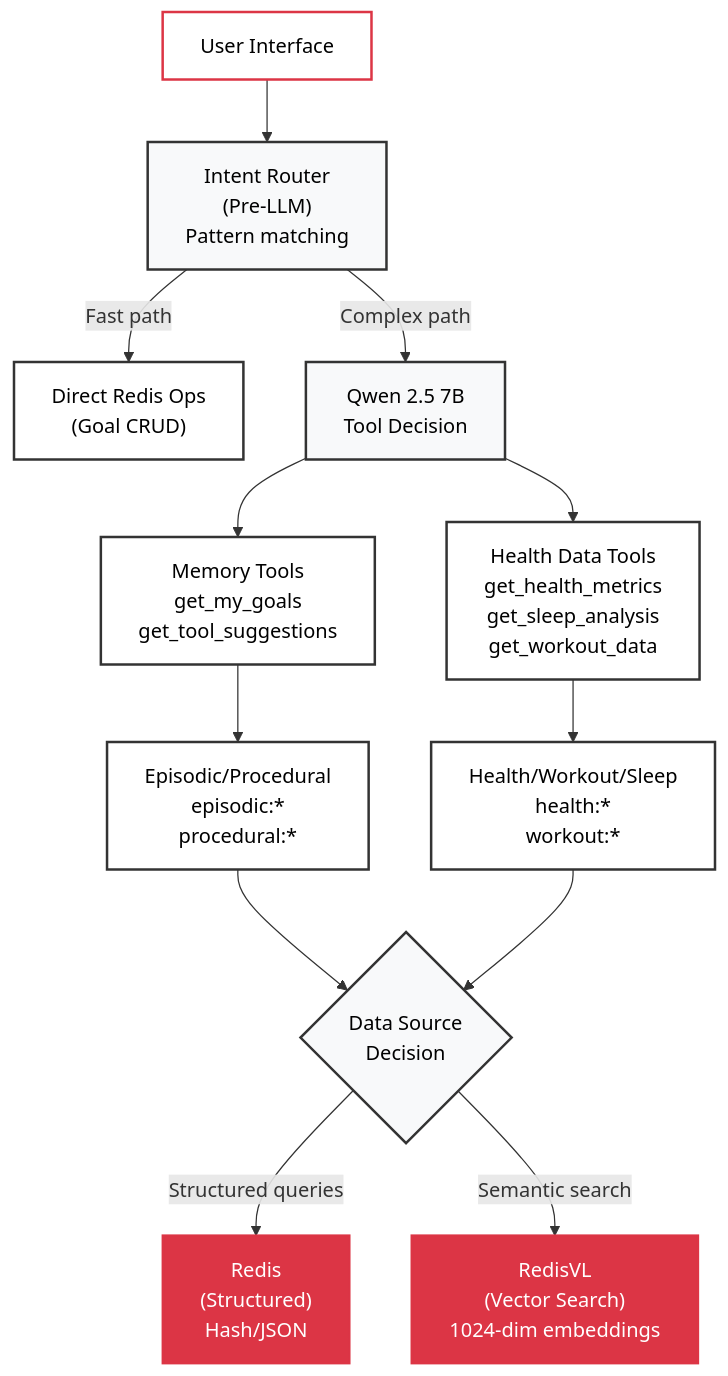
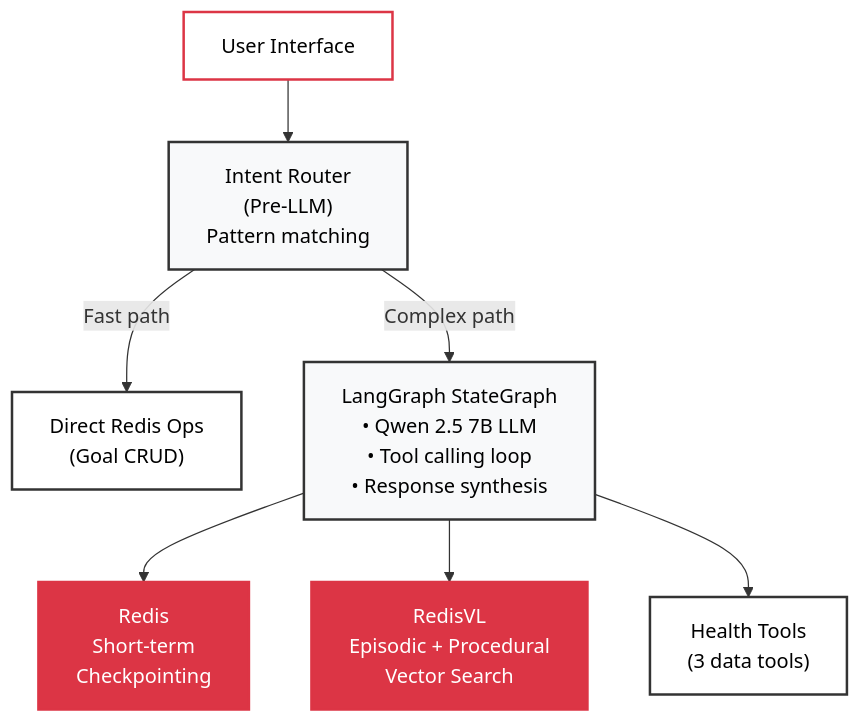
Before and after one commit to AllieRays/redis-wellness: the first of 2 diagrams in docs/STATEFUL_AGENT.md, drawn with Mermaid. The commit also changed other lines of this file, not shown here.

Commit message:
Revert architecture diagram to original, keep detailed workflow diagram

````diff
--- a/docs/STATEFUL_AGENT.md
+++ b/docs/STATEFUL_AGENT.md
@@ -44,47 +44,28 @@
 ```mermaid
 flowchart TB
     UI["User Interface"]
     Router["Intent Router<br/>(Pre-LLM)<br/>Pattern matching"]
+
     FastPath["Direct Redis Ops<br/>(Goal CRUD)"]
+    ComplexPath["LangGraph StateGraph<br/>• Qwen 2.5 7B LLM<br/>• Tool calling loop<br/>• Response synthesis"]
 
-    Qwen["Qwen 2.5 7B<br/>Tool Decision"]
-
-    MemoryTools["Memory Tools<br/>get_my_goals<br/>get_tool_suggestions"]
-    HealthTools["Health Data Tools<br/>get_health_metrics<br/>get_sleep_analysis<br/>get_workout_data"]
-
-    MemoryData["Episodic/Procedural<br/>episodic:*<br/>procedural:*"]
-    HealthData["Health/Workout/Sleep<br/>health:*<br/>workout:*"]
-
-    DataSource{"Data Source<br/>Decision"}
-
-    RedisStructured["Redis<br/>(Structured)<br/>Hash/JSON"]
-    RedisVector["RedisVL<br/>(Vector Search)<br/>1024-dim embeddings"]
+    RedisShort["Redis<br/>Short-term<br/>Checkpointing"]
+    RedisVL["RedisVL<br/>Episodic + Procedural<br/>Vector Search"]
+    Tools["Health Tools<br/>(3 data tools)"]
 
     UI --> Router
     Router -->|"Fast path"| FastPath
-    Router -->|"Complex path"| Qwen
+    Router -->|"Complex path"| ComplexPath
 
-    Qwen --> MemoryTools
-    Qwen --> HealthTools
-
-    MemoryTools --> MemoryData
-    HealthTools --> HealthData
-
-    MemoryData --> DataSource
-    HealthData --> DataSource
-
-    DataSource -->|"Structured queries"| RedisStructured
-    DataSource -->|"Semantic search"| RedisVector
+    ComplexPath --> RedisShort
+    ComplexPath --> RedisVL
+    ComplexPath --> Tools
 
     style UI fill:#fff,stroke:#dc3545,stroke-width:2px,color:#000
     style Router fill:#f8f9fa,stroke:#333,stroke-width:2px,color:#000
     style FastPath fill:#fff,stroke:#333,stroke-width:2px,color:#000
-    style Qwen fill:#f8f9fa,stroke:#333,stroke-width:2px,color:#000
-    style MemoryTools fill:#fff,stroke:#333,stroke-width:2px,color:#000
-    style HealthTools fill:#fff,stroke:#333,stroke-width:2px,color:#000
-    style MemoryData fill:#fff,stroke:#333,stroke-width:2px,color:#000
-    style HealthData fill:#fff,stroke:#333,stroke-width:2px,color:#000
-    style DataSource fill:#f8f9fa,stroke:#333,stroke-width:2px,color:#000
-    style RedisStructured fill:#dc3545,stroke:#dc3545,stroke-width:2px,color:#fff
-    style RedisVector fill:#dc3545,stroke:#dc3545,stroke-width:2px,color:#fff
+    style ComplexPath fill:#f8f9fa,stroke:#333,stroke-width:2px,color:#000
+    style RedisShort fill:#dc3545,stroke:#dc3545,stroke-width:2px,color:#fff
+    style RedisVL fill:#dc3545,stroke:#dc3545,stroke-width:2px,color:#fff
+    style Tools fill:#fff,stroke:#333,stroke-width:2px,color:#000
 ```
````
